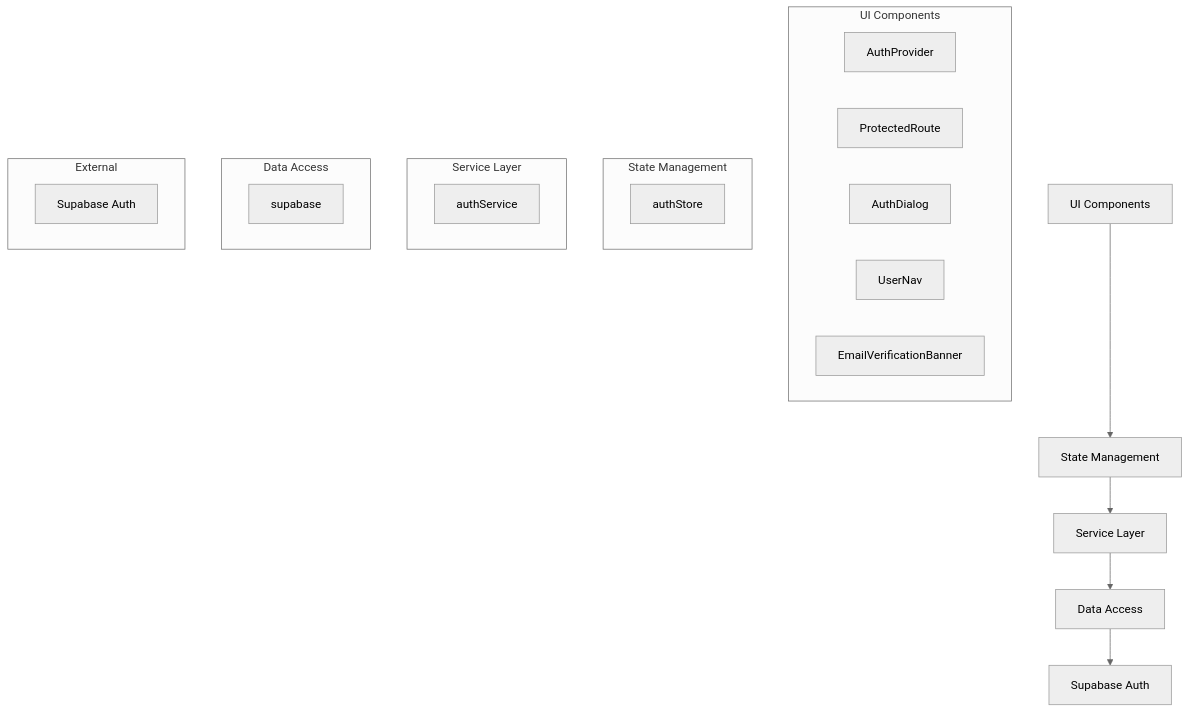
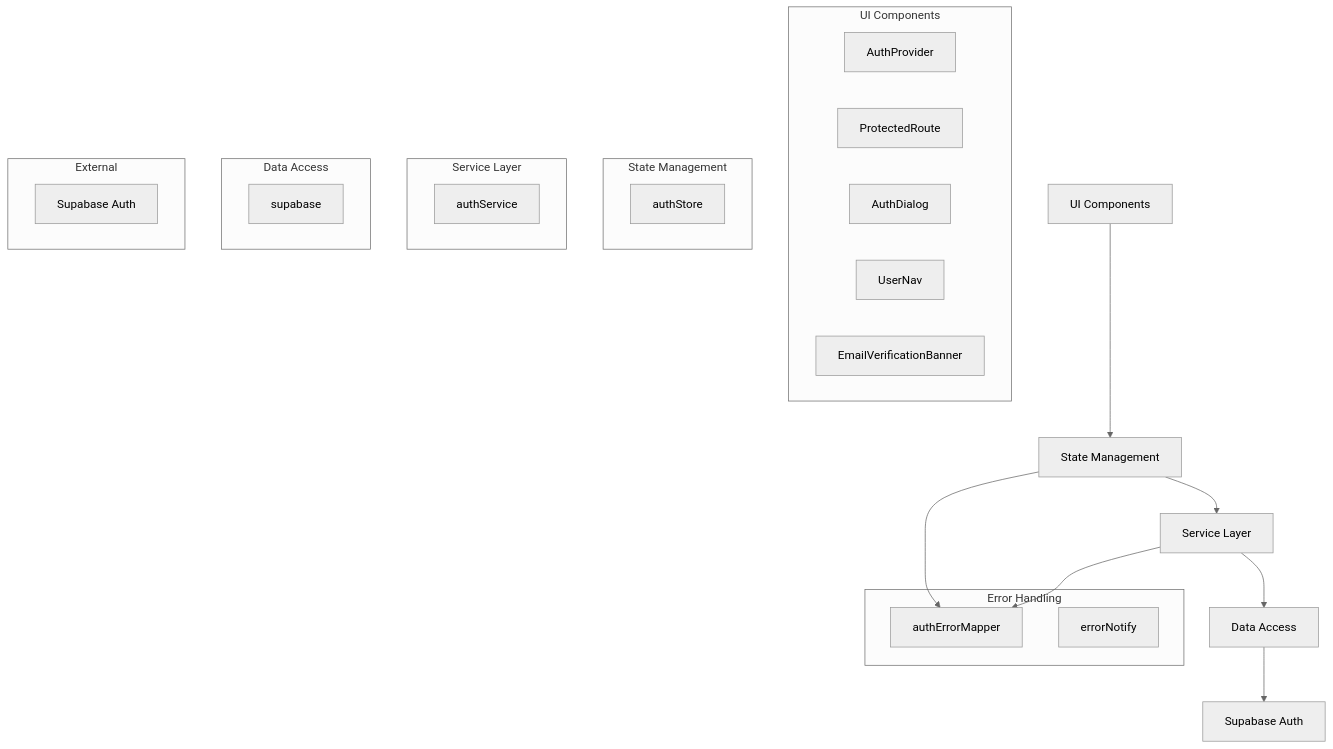
The second of 10 diagrams in .qoder/repowiki/zh/content/服务层与外部集成/认证系统/认证系统.md (JasperLin2333/Flash-Flow), drawn with Mermaid (neutral theme) before and after one commit. The commit also changed other lines of this file and 12 other files, not shown here.

````diff
--- a/.qoder/repowiki/zh/content/服务层与外部集成/认证系统/认证系统.md
+++ b/.qoder/repowiki/zh/content/服务层与外部集成/认证系统/认证系统.md
@@ -105,26 +119,32 @@
 ```mermaid
 graph TD
 A[UI Components] --> B[State Management]
 B --> C[Service Layer]
 C --> D[Data Access]
 D --> E[Supabase Auth]
 subgraph "UI Components"
 A1[AuthProvider]
 A2[ProtectedRoute]
 A3[AuthDialog]
 A4[UserNav]
 A5[EmailVerificationBanner]
 end
 subgraph "State Management"
 B1[authStore]
 end
 subgraph "Service Layer"
 C1[authService]
 end
 subgraph "Data Access"
 D1[supabase]
 end
 subgraph "External"
 E1[Supabase Auth]
 end
+subgraph "Error Handling"
+B2[authErrorMapper]
+C2[errorNotify]
+end
+B --> B2
+C --> B2
 ```
````
